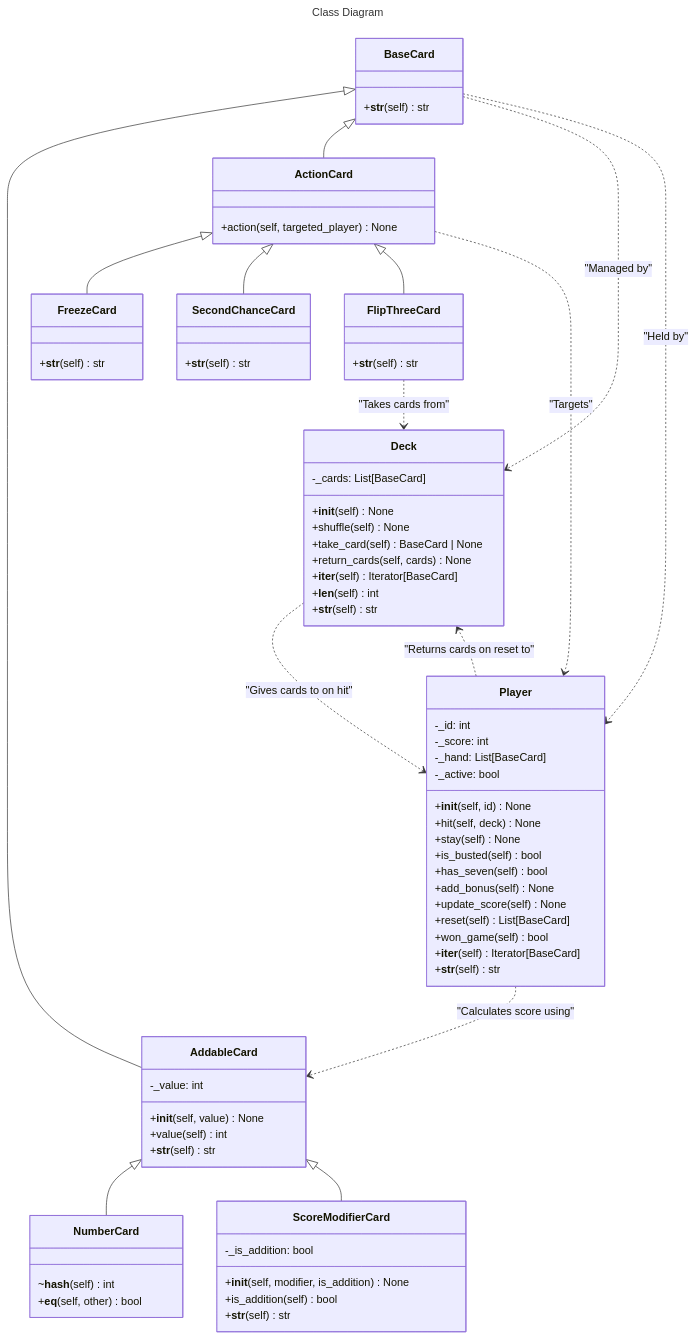
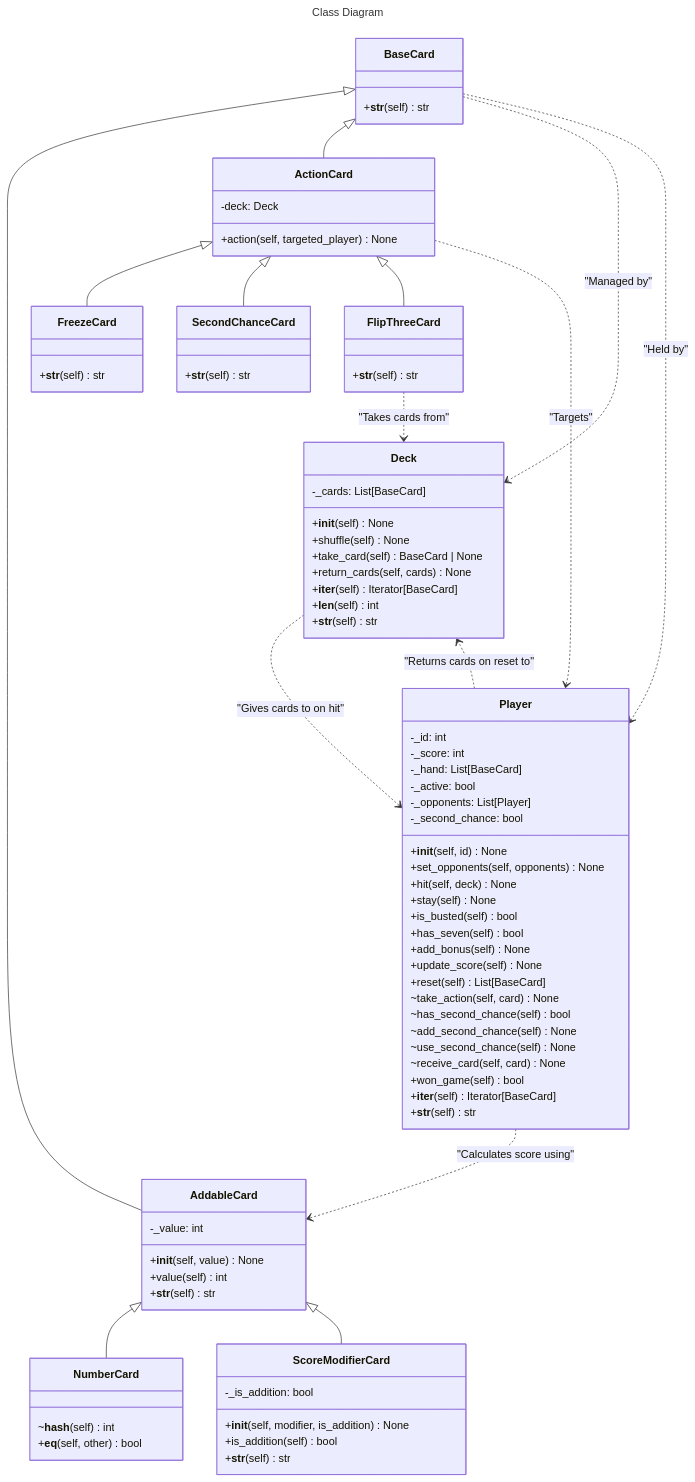
The diagram in DIAGRAM.md (KedarPanchal/ENGR-102-Project), drawn with Mermaid before and after one commit.

Commit message:
Update Player and FlipThreeCard UML diagram

```diff
--- a/DIAGRAM.md
+++ b/DIAGRAM.md
@@ -30,6 +30,7 @@
     AddableCard <|-- ScoreModifierCard
 
     class ActionCard {
+        -deck: Deck
         +action(self, targeted_player) None
     }
     BaseCard <|-- ActionCard
@@ -69,7 +70,10 @@
         -_score: int
         -_hand: List[BaseCard]
         -_active: bool
+        -_opponents: List[Player]
+        -_second_chance: bool
         +__init__(self, id) None
+        +set_opponents(self, opponents) None
         +hit(self, deck) None
         +stay(self) None
         +is_busted(self) bool
@@ -77,6 +81,11 @@
         +add_bonus(self) None
         +update_score(self) None
         +reset(self) List[BaseCard]
+        ~take_action(self, card) None
+        ~has_second_chance(self) bool
+        ~add_second_chance(self) None
+        ~use_second_chance(self) None
+        ~receive_card(self, card) None
         +won_game(self) bool
         +__iter__(self) Iterator[BaseCard]
         +__str__(self) str
```
